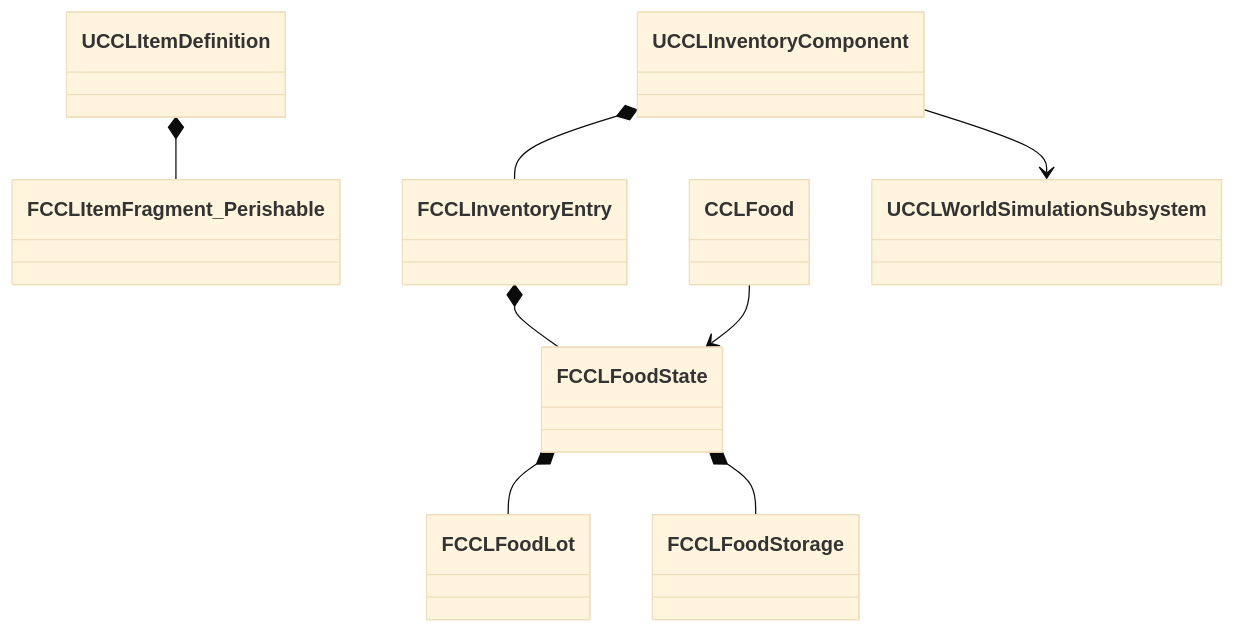
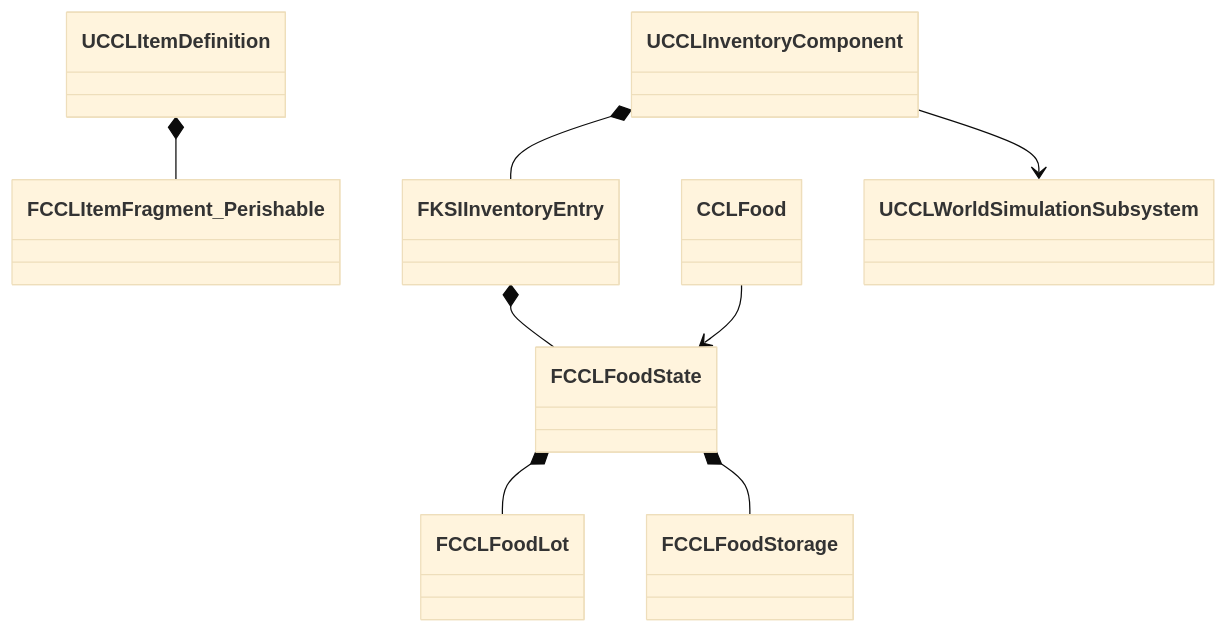
One commit to kang-sihwon/ccl8 changed the fifth of 13 diagrams in Docs/EnvironmentEcology.md. Above: the diagram before and after it, drawn with Mermaid (base theme). The commit also changed other lines of this file and 6 other files, not shown here.

````diff
--- a/Docs/EnvironmentEcology.md
+++ b/Docs/EnvironmentEcology.md
@@ -366,10 +364,10 @@
 ```mermaid
 classDiagram
     UCCLItemDefinition *-- FCCLItemFragment_Perishable
-    UCCLInventoryComponent *-- FCCLInventoryEntry
-    FCCLInventoryEntry *-- FCCLFoodState
+    UCCLInventoryComponent *-- FKSIInventoryEntry
+    FKSIInventoryEntry *-- FCCLFoodState
     FCCLFoodState *-- FCCLFoodLot
     FCCLFoodState *-- FCCLFoodStorage
     CCLFood --> FCCLFoodState
     UCCLInventoryComponent --> UCCLWorldSimulationSubsystem
 ```
````
